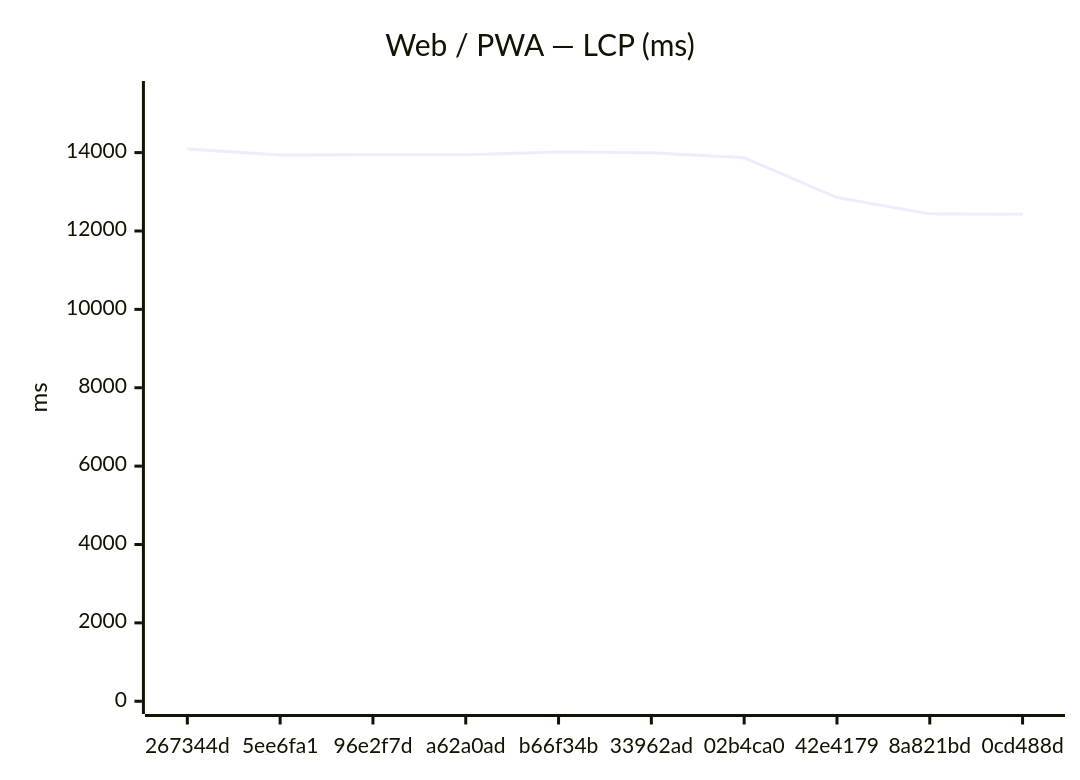
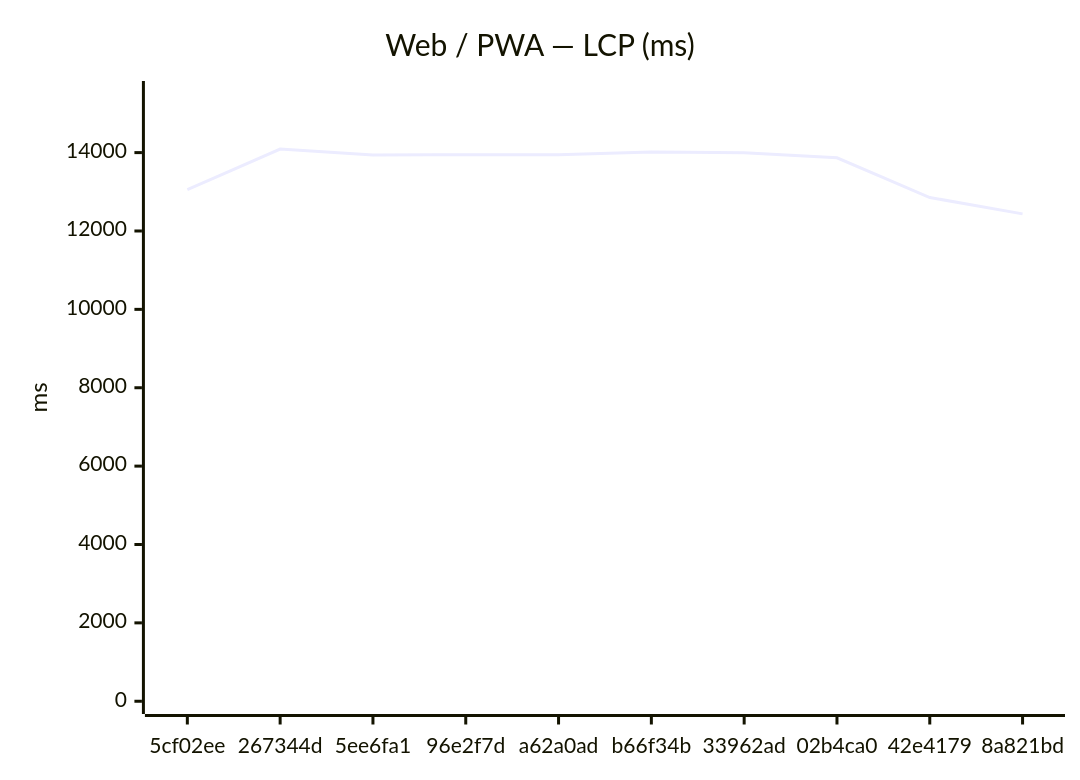
The first of 18 diagrams in benchmarks/compare.md (Metaheurist/Rianell), drawn with Mermaid before and after one commit. The commit also changed other lines of this file and 11 other files, not shown here.

````diff
--- a/benchmarks/compare.md
+++ b/benchmarks/compare.md
@@ -24,7 +24,7 @@
 ```mermaid
 xychart-beta
     title "Web / PWA — LCP (ms)"
-    x-axis ["267344d", "5ee6fa1", "96e2f7d", "a62a0ad", "b66f34b", "33962ad", "02b4ca0", "42e4179", "8a821bd", "0cd488d"]
+    x-axis ["5cf02ee", "267344d", "5ee6fa1", "96e2f7d", "a62a0ad", "b66f34b", "33962ad", "02b4ca0", "42e4179", "8a821bd"]
     y-axis "ms" 0 --> 15502
-    line [14092, 13942, 13945, 13945, 14014, 13997, 13868, 12854, 12437, 12430]
+    line [13053, 14092, 13942, 13945, 13945, 14014, 13997, 13868, 12854, 12437]
 ```
````
